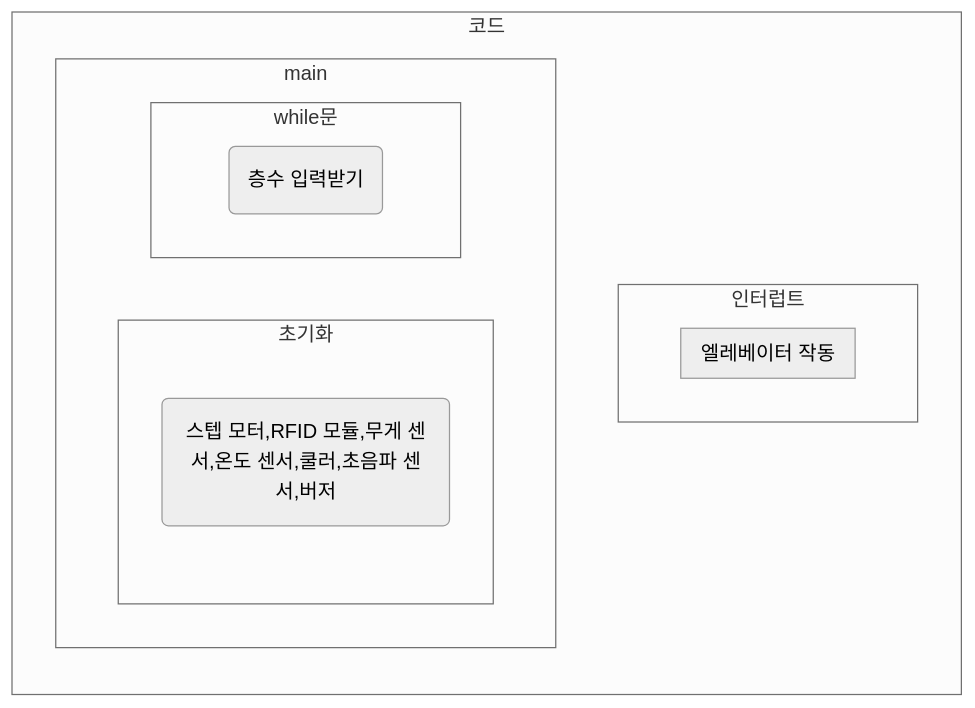
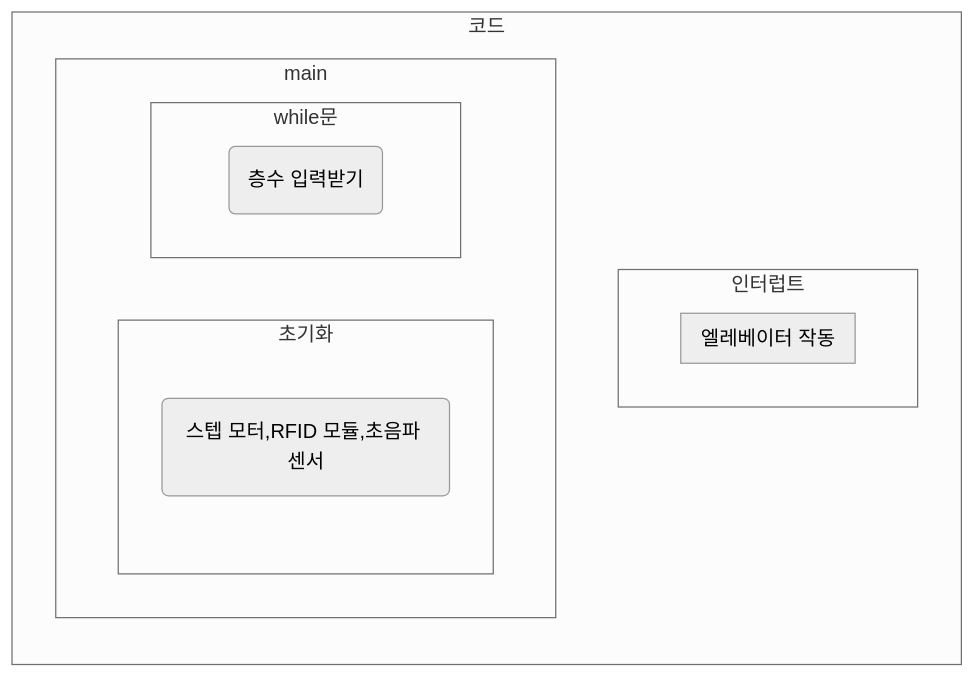
One commit to MiiKiyoshi/smart_elevator-stm32f7676 changed the second of 2 diagrams in README.md. Above: the diagram before and after it, drawn with Mermaid. The commit also changed other lines of this file and 1 other file, not shown here.

````diff
--- a/README.md
+++ b/README.md
@@ -144,20 +140,20 @@
 ```mermaid
 %%{init: {'theme':'neutral'}}%%
 flowchart LR
 subgraph 코드
 	subgraph A[인터럽트]
 			subgraph A_A[엘레베이터 작동]
 			end
 		end
 		direction TB
 		subgraph B[main]
 			subgraph B_A[초기화]
-				G_a(스텝 모터,RFID 모듈,무게 센서,온도 센서,쿨러,초음파 센서,버저)
+				G_a(스텝 모터,RFID 모듈,초음파 센서)
 			end
 			subgraph B_B[while문]
 				B_B_a(층수 입력받기)
 			end
    	 end
 	end
 	
 ```
````
